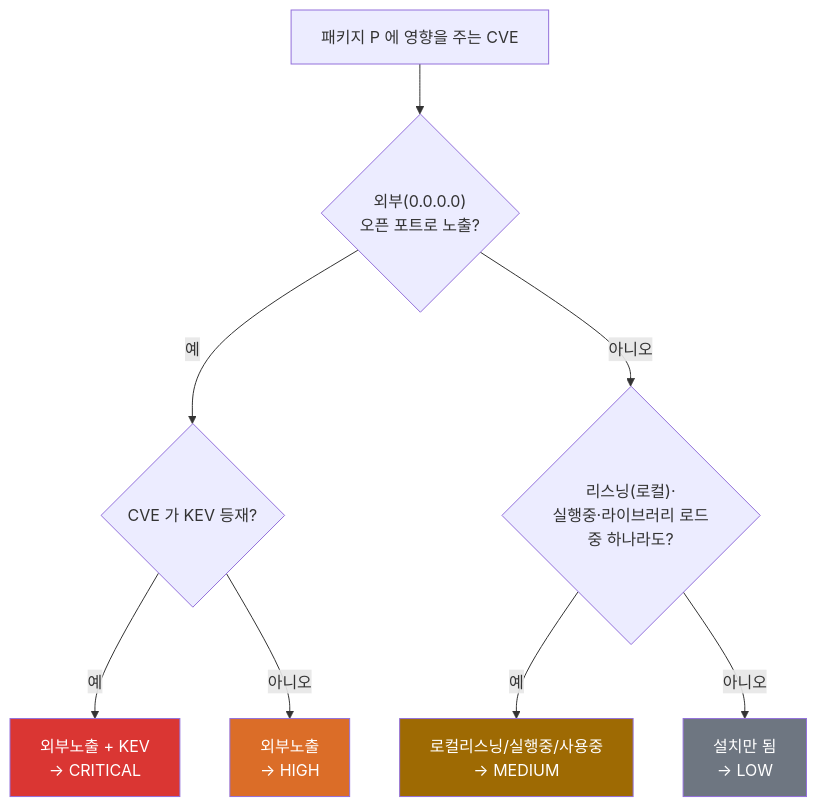
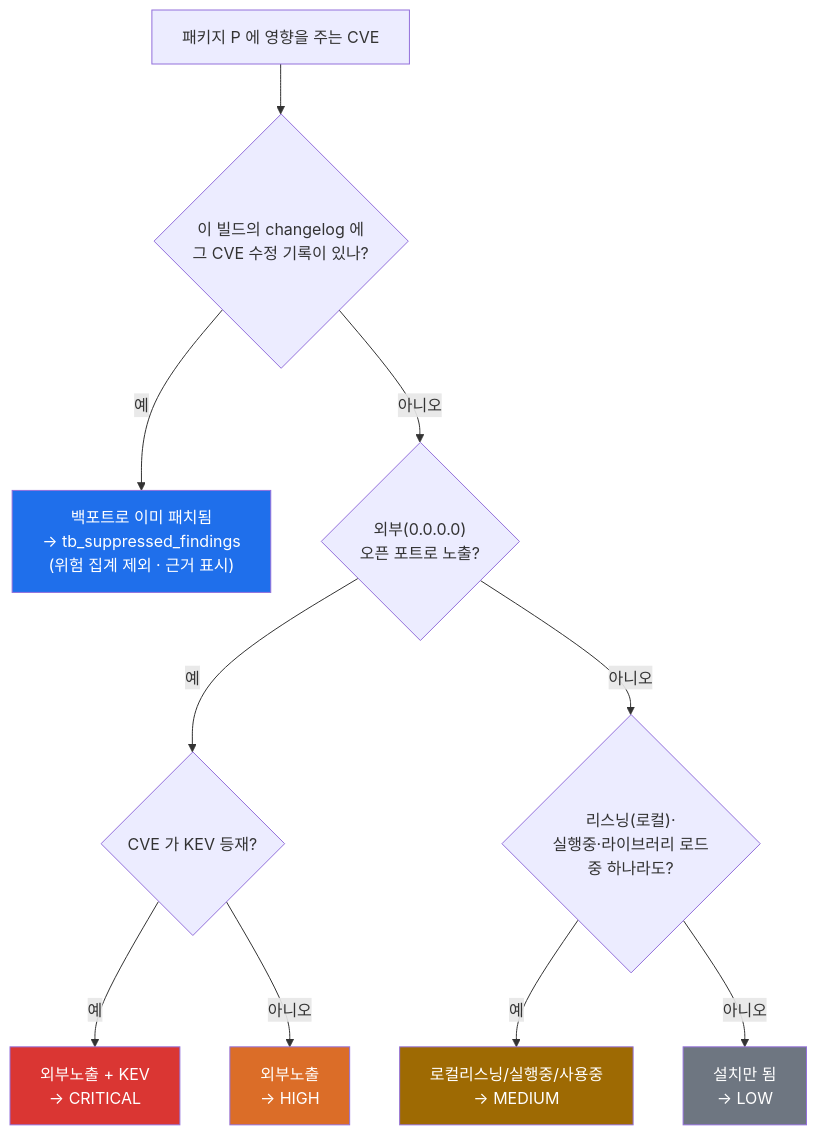
The second of 6 diagrams in docs/architecture.md (JeongDoWook/vuln-agent), drawn with Mermaid before and after one commit. The commit also changed other lines of this file and 6 other files, not shown here.

````diff
--- a/docs/architecture.md
+++ b/docs/architecture.md
@@ -58,15 +58,18 @@
 ```mermaid
 flowchart TD
-    START["패키지 P 에 영향을 주는 CVE"] --> EXT{"외부(0.0.0.0)<br/>오픈 포트로 노출?"}
+    START["패키지 P 에 영향을 주는 CVE"] --> BP{"이 빌드의 changelog 에<br/>그 CVE 수정 기록이 있나?"}
+    BP -->|예| SUP["백포트로 이미 패치됨<br/>→ tb_suppressed_findings<br/>(위험 집계 제외 · 근거 표시)"]
+    BP -->|아니오| EXT{"외부(0.0.0.0)<br/>오픈 포트로 노출?"}
     EXT -->|예| KEV{"CVE 가 KEV 등재?"}
     KEV -->|예| CRIT["외부노출 + KEV<br/>→ CRITICAL"]
     KEV -->|아니오| HIGH["외부노출<br/>→ HIGH"]
     EXT -->|아니오| USE{"리스닝(로컬)·<br/>실행중·라이브러리 로드<br/>중 하나라도?"}
     USE -->|예| MED["로컬리스닝/실행중/사용중<br/>→ MEDIUM"]
     USE -->|아니오| INS["설치만 됨<br/>→ LOW"]
 
+    style SUP fill:#1f6feb,color:#fff
     style CRIT fill:#da3633,color:#fff
     style HIGH fill:#db6d28,color:#fff
     style MED fill:#9e6a03,color:#fff
     style INS fill:#6e7681,color:#fff
 ```
````
